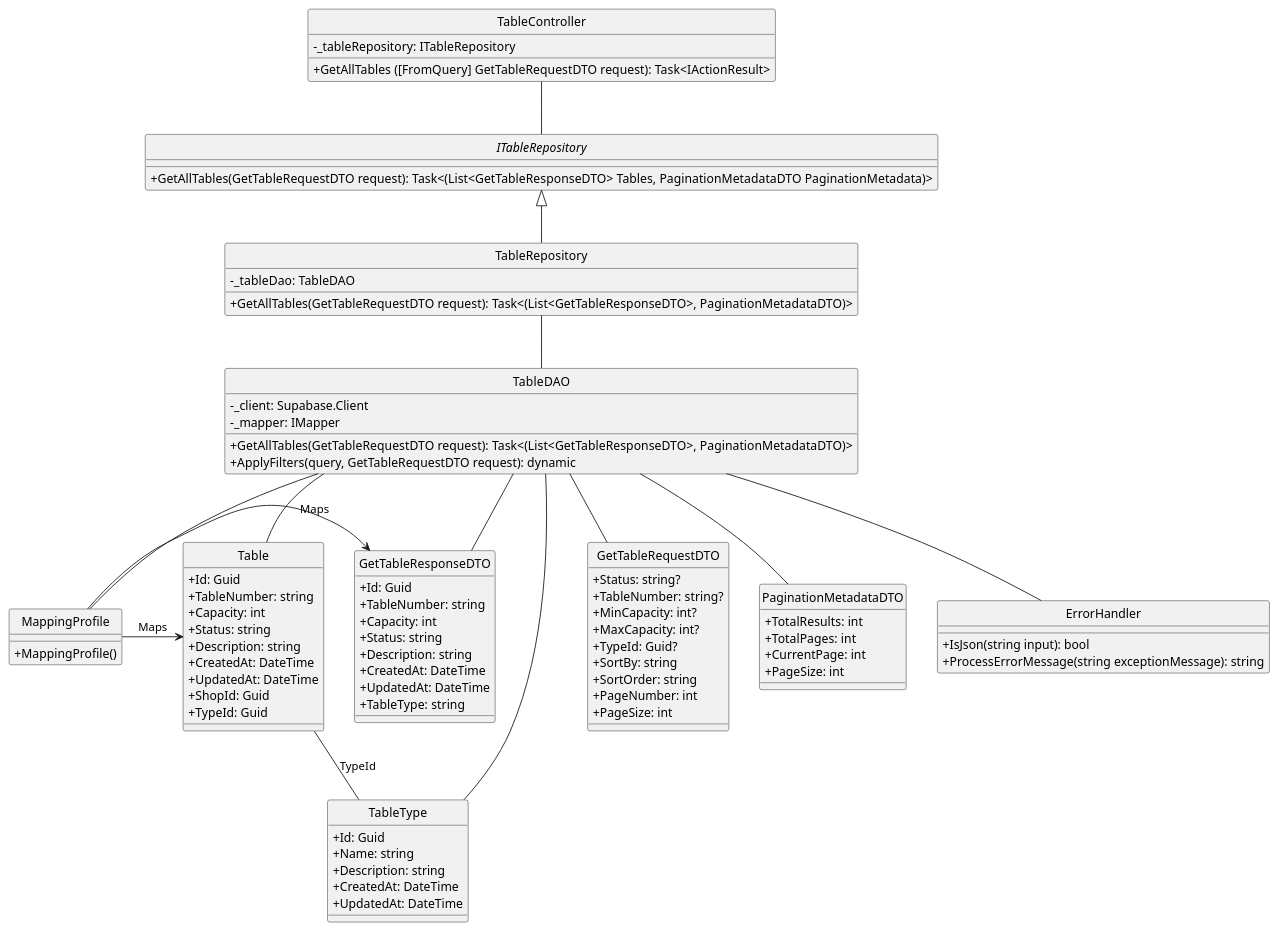
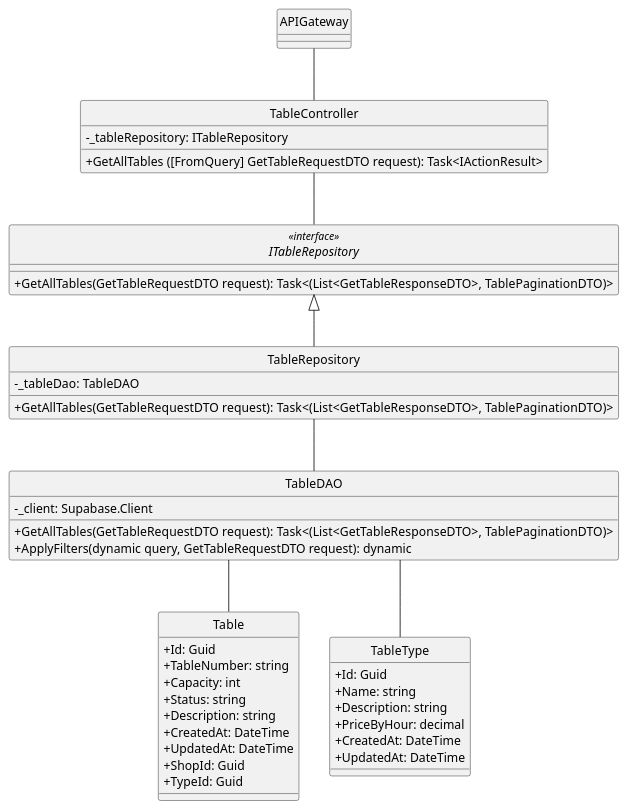
Before and after one commit to minhnhut23/FPT-OBOMS: the diagram in docs/ClassDiagram/Table/ReadAll.plantuml, drawn with PlantUML. The commit also changed 50 other files, not shown here.

Commit message:
Update class diagram of table, type. bill. billdetail

```diff
--- a/docs/ClassDiagram/Table/ReadAll.plantuml
+++ b/docs/ClassDiagram/Table/ReadAll.plantuml
@@ -1,104 +1,52 @@
 @startuml
 hide circle
 skinparam classAttributeIconSize 0
+skinparam linetype ortho
 
+class APIGateway {
+}
 class TableController {
     - _tableRepository: ITableRepository
     + GetAllTables ([FromQuery] GetTableRequestDTO request): Task<IActionResult>
 }
-
-interface ITableRepository {
-    + GetAllTables(GetTableRequestDTO request): Task<(List<GetTableResponseDTO> Tables, PaginationMetadataDTO PaginationMetadata)> 
+interface ITableRepository<<interface>>  {
+    + GetAllTables(GetTableRequestDTO request): Task<(List<GetTableResponseDTO>, TablePaginationDTO)> 
 }
 
 class TableRepository {
     - _tableDao: TableDAO
-    + GetAllTables(GetTableRequestDTO request): Task<(List<GetTableResponseDTO>, PaginationMetadataDTO)>
+    + GetAllTables(GetTableRequestDTO request): Task<(List<GetTableResponseDTO>, TablePaginationDTO)>
 }
 class TableDAO {
     - _client: Supabase.Client
-    - _mapper: IMapper
-    + GetAllTables(GetTableRequestDTO request): Task<(List<GetTableResponseDTO>, PaginationMetadataDTO)>
-    + ApplyFilters(query, GetTableRequestDTO request): dynamic
+    + GetAllTables(GetTableRequestDTO request): Task<(List<GetTableResponseDTO>, TablePaginationDTO)>
+    + ApplyFilters(dynamic query, GetTableRequestDTO request): dynamic
 }
 class Table {
     + Id: Guid
     + TableNumber: string
     + Capacity: int
     + Status: string
     + Description: string
     + CreatedAt: DateTime
     + UpdatedAt: DateTime
     + ShopId: Guid
     + TypeId: Guid
 }
 
 class TableType {
     + Id: Guid
     + Name: string
     + Description: string
+    + PriceByHour: decimal
     + CreatedAt: DateTime
     + UpdatedAt: DateTime
 }
-
-TableDAO -- Table
-TableDAO -- TableType
-Table -- TableType : "TypeId"
-
-
-class GetTableRequestDTO {
-    + Status: string?
-    + TableNumber: string?
-    + MinCapacity: int?
-    + MaxCapacity: int?
-    + TypeId: Guid?
-    + SortBy: string
-    + SortOrder: string
-    + PageNumber: int
-    + PageSize: int
-}
-
-
-class GetTableResponseDTO {
-    + Id: Guid
-    + TableNumber: string
-    + Capacity: int
-    + Status: string
-    + Description: string
-    + CreatedAt: DateTime
-    + UpdatedAt: DateTime
-    + TableType: string
-}
-class PaginationMetadataDTO {
-    + TotalResults: int
-    + TotalPages: int
-    + CurrentPage: int
-    + PageSize: int
-}
+APIGateway -- TableController
 TableController -- ITableRepository
 ITableRepository <|-- TableRepository
 TableRepository -- TableDAO
+TableDAO -- Table
+TableDAO -- TableType
 
-
-
-
-TableDAO -- GetTableRequestDTO
-TableDAO -- GetTableResponseDTO
-TableDAO -- PaginationMetadataDTO
-
-
-class ErrorHandler {
-    + IsJson(string input): bool
-    + ProcessErrorMessage(string exceptionMessage): string
-}
-
-class MappingProfile {
-  + MappingProfile()
-}
-
-TableDAO -- MappingProfile
-TableDAO -- ErrorHandler
-
-MappingProfile -> Table : Maps
-MappingProfile -> GetTableResponseDTO : Maps
 @enduml
```
